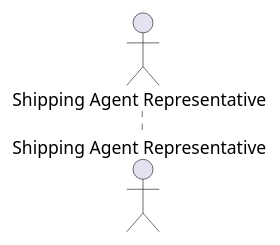
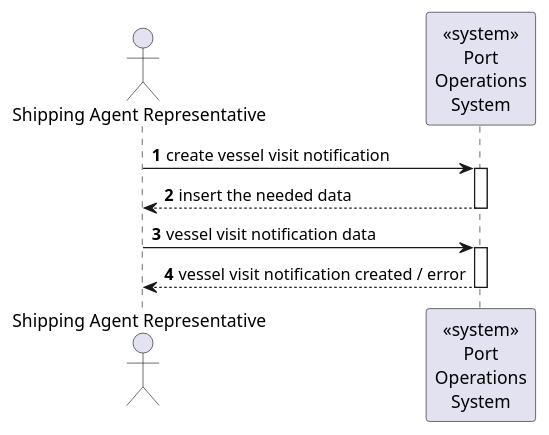
The diagram in docs/sprint1/level1/process_view/1230762 - João Monteiro/US 2.2.8/SD_US2.2.8_CREATE.puml (Departamento-de-Engenharia-Informatica/LEI-SEM5-PI-2025-26-3DK-04), drawn with PlantUML before and after one commit. The commit also changed 20 other files, not shown here.

```diff
--- a/docs/sprint1/level1/process_view/1230762 - João Monteiro/US 2.2.8/SD_US2.2.8_CREATE.puml
+++ b/docs/sprint1/level1/process_view/1230762 - João Monteiro/US 2.2.8/SD_US2.2.8_CREATE.puml
@@ -1,6 +1,16 @@
 @startuml SD_US2.2.8_CREATE
 autonumber
 
 actor "Shipping Agent Representative" as Agent
+participant "<<system>>\nPort\nOperations\nSystem" as System
 
+Agent -> System : create vessel visit notification
+activate System
+System --> Agent : insert the needed data
+deactivate System
+
+Agent -> System : vessel visit notification data
+activate System
+System --> Agent : vessel visit notification created / error
+deactivate System
 @enduml
```
